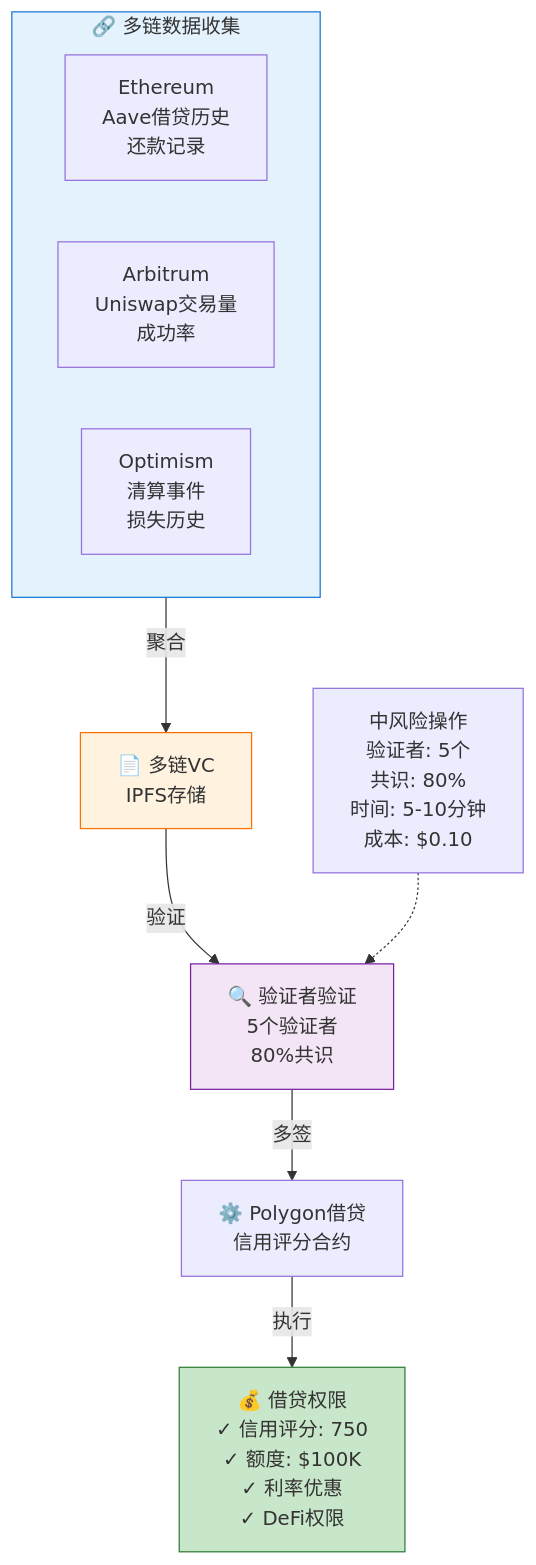
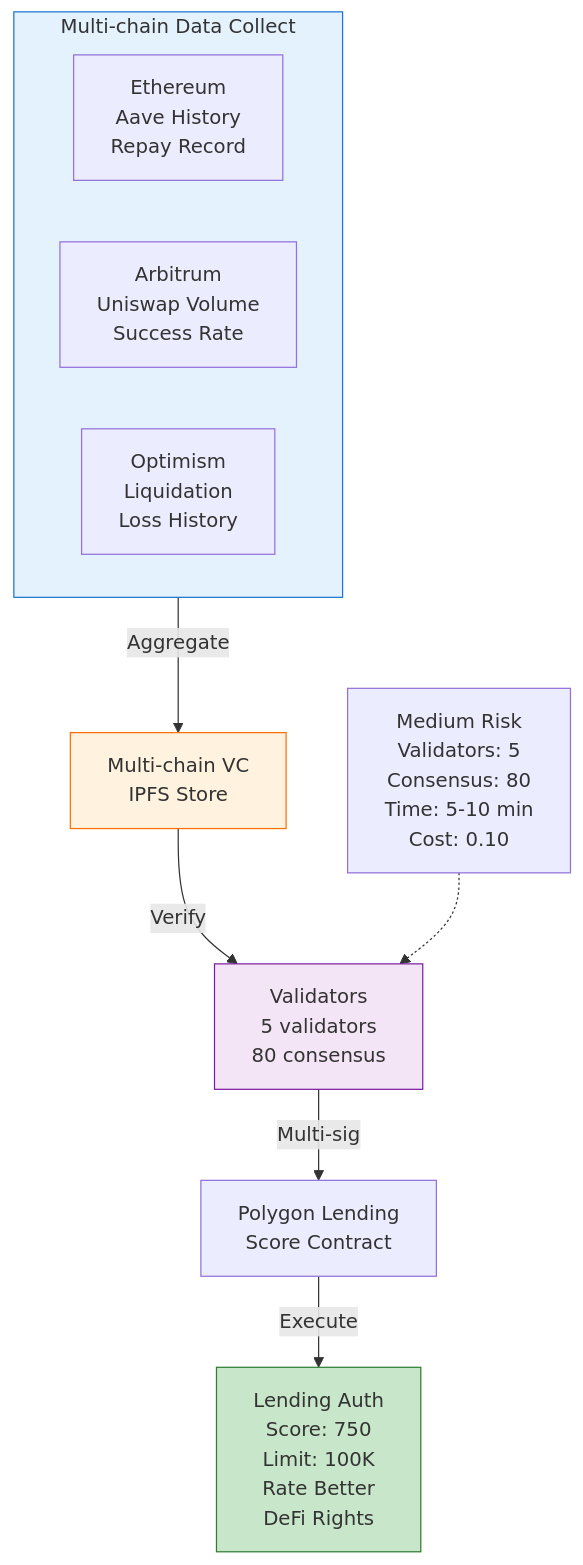
Before and after one commit to JCCDex/jcc_document: the eighth of 17 diagrams in src/jcc_blog/pic.md, drawn with Mermaid. The commit also changed other lines of this file, not shown here.

First line of the commit message:
Fix Mermaid 8.9.2 compatibility issues

````diff
--- a/src/jcc_blog/pic.md
+++ b/src/jcc_blog/pic.md
@@ -304,20 +304,20 @@
 ```mermaid
 graph TB
-    subgraph Chains["🔗 多链数据收集"]
-        E["Ethereum<br/>Aave借贷历史<br/>还款记录"]
-        A["Arbitrum<br/>Uniswap交易量<br/>成功率"]
-        O["Optimism<br/>清算事件<br/>损失历史"]
+    subgraph Chains["Multi-chain Data Collect"]
+        E["Ethereum<br/>Aave History<br/>Repay Record"]
+        A["Arbitrum<br/>Uniswap Volume<br/>Success Rate"]
+        O["Optimism<br/>Liquidation<br/>Loss History"]
     end
     
-    Chains -->|聚合| V["📄 多链VC<br/>IPFS存储"]
-    V -->|验证| Val["🔍 验证者验证<br/>5个验证者<br/>80%共识"]
-    Val -->|多签| P["⚙️ Polygon借贷<br/>信用评分合约"]
-    P -->|执行| R["💰 借贷权限<br/>✓ 信用评分: 750<br/>✓ 额度: $100K<br/>✓ 利率优惠<br/>✓ DeFi权限"]
+    Chains -->|Aggregate| V["Multi-chain VC<br/>IPFS Store"]
+    V -->|Verify| Val["Validators<br/>5 validators<br/>80 consensus"]
+    Val -->|Multi-sig| P["Polygon Lending<br/>Score Contract"]
+    P -->|Execute| R["Lending Auth<br/>Score: 750<br/>Limit: 100K<br/>Rate Better<br/>DeFi Rights"]
     
-    D2["中风险操作<br/>验证者: 5个<br/>共识: 80%<br/>时间: 5-10分钟<br/>成本: $0.10"] -.->Val
+    D2["Medium Risk<br/>Validators: 5<br/>Consensus: 80<br/>Time: 5-10 min<br/>Cost: 0.10"] -.->Val
     
     style Chains fill:#e3f2fd,stroke:#1976d2
     style V fill:#fff3e0,stroke:#ff6f00
     style Val fill:#f3e5f5,stroke:#7b1fa2
     style R fill:#c8e6c9,stroke:#2e7d32
 ```
````
